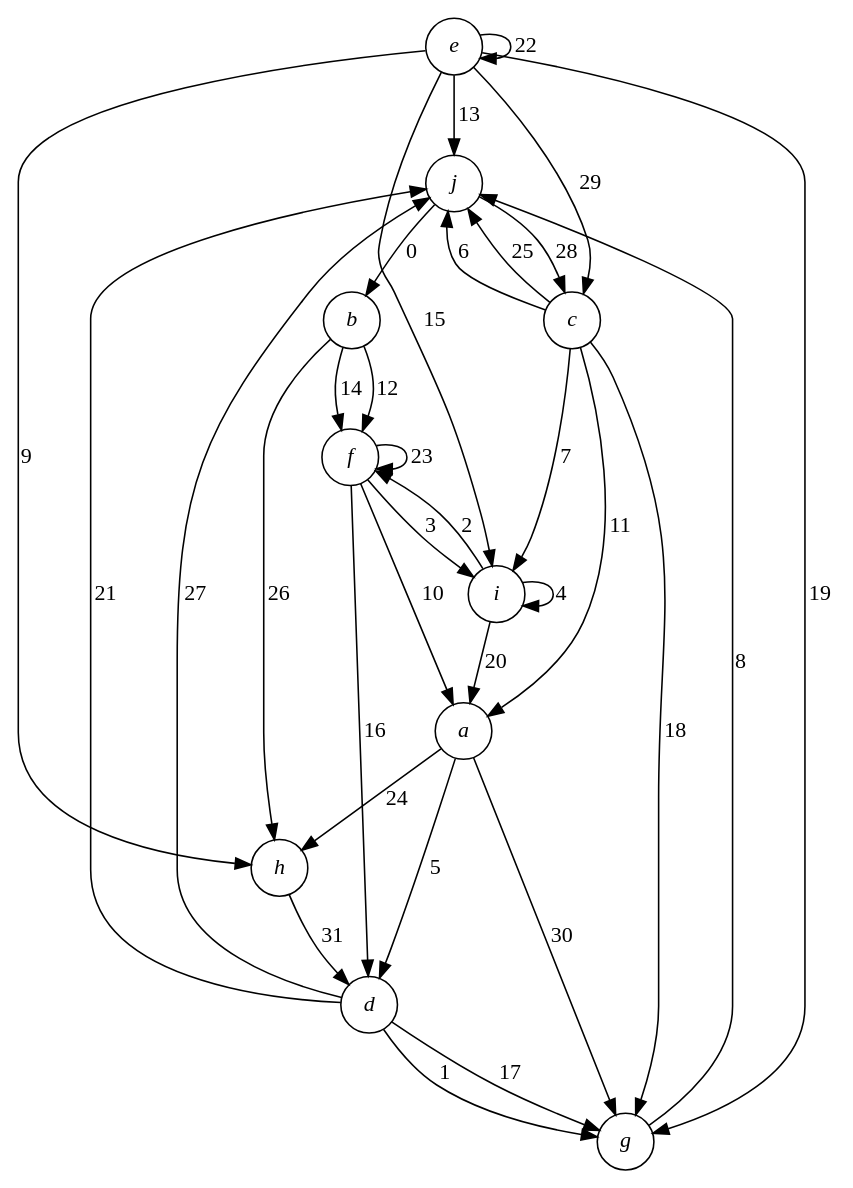
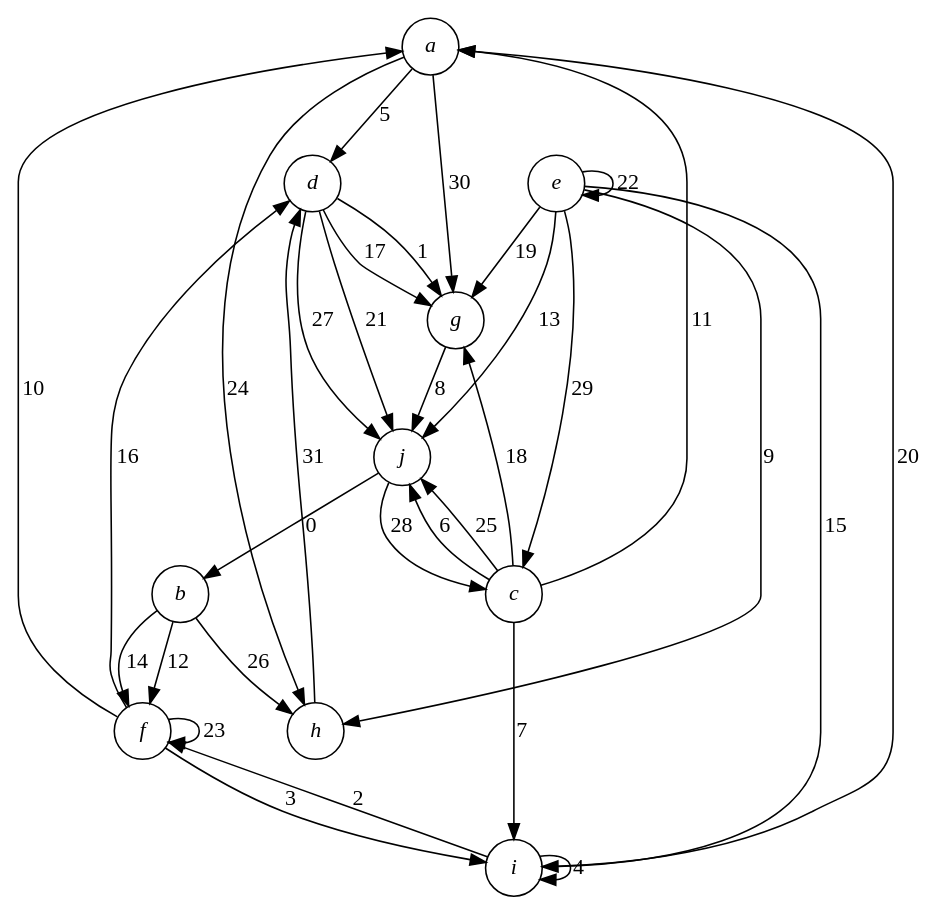
Before and after one commit to qbit86/arborescence: the diagram in src/Ubiquitous.Workbench/IndexedGraphs/03.gv, drawn with Graphviz. The commit also changed 1 other file, not shown here.

```diff
--- a/src/Ubiquitous.Workbench/IndexedGraphs/03.gv
+++ b/src/Ubiquitous.Workbench/IndexedGraphs/03.gv
@@ -1,35 +1,36 @@
 digraph "First test" {
   node [shape=circle fontname="Times-Italic"]
+  a b c d e f g h i j
   j -> b [label=0]
   d -> g [label=1]
   i -> f [label=2]
   f -> i [label=3]
   i -> i [label=4]
   a -> d [label=5]
   c -> j [label=6]
   c -> i [label=7]
   g -> j [label=8]
   e -> h [label=9]
   f -> a [label=10]
   c -> a [label=11]
   b -> f [label=12]
   e -> j [label=13]
   b -> f [label=14]
   e -> i [label=15]
   f -> d [label=16]
   d -> g [label=17]
   c -> g [label=18]
   e -> g [label=19]
   i -> a [label=20]
   d -> j [label=21]
   e -> e [label=22]
   f -> f [label=23]
   a -> h [label=24]
   c -> j [label=25]
   b -> h [label=26]
   d -> j [label=27]
   j -> c [label=28]
   e -> c [label=29]
   a -> g [label=30]
   h -> d [label=31]
 }
```
